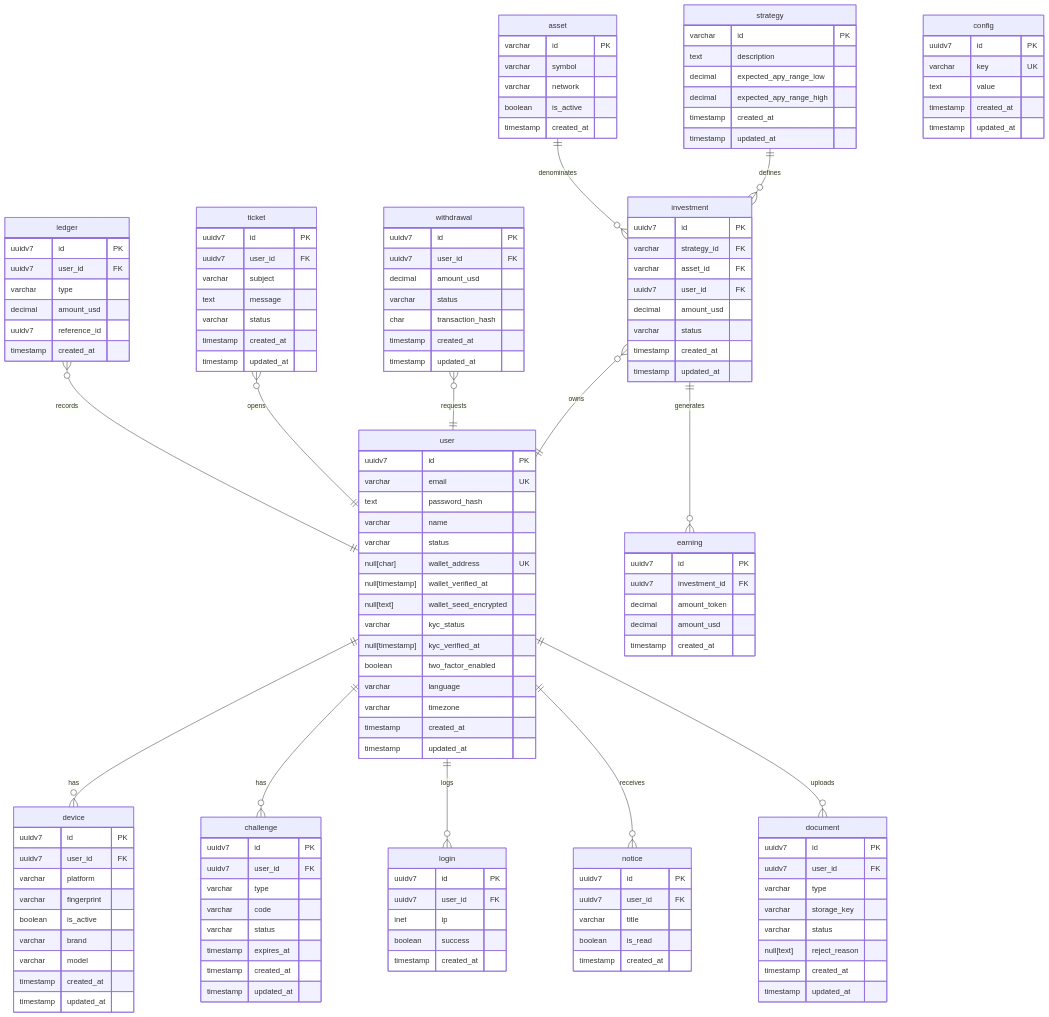
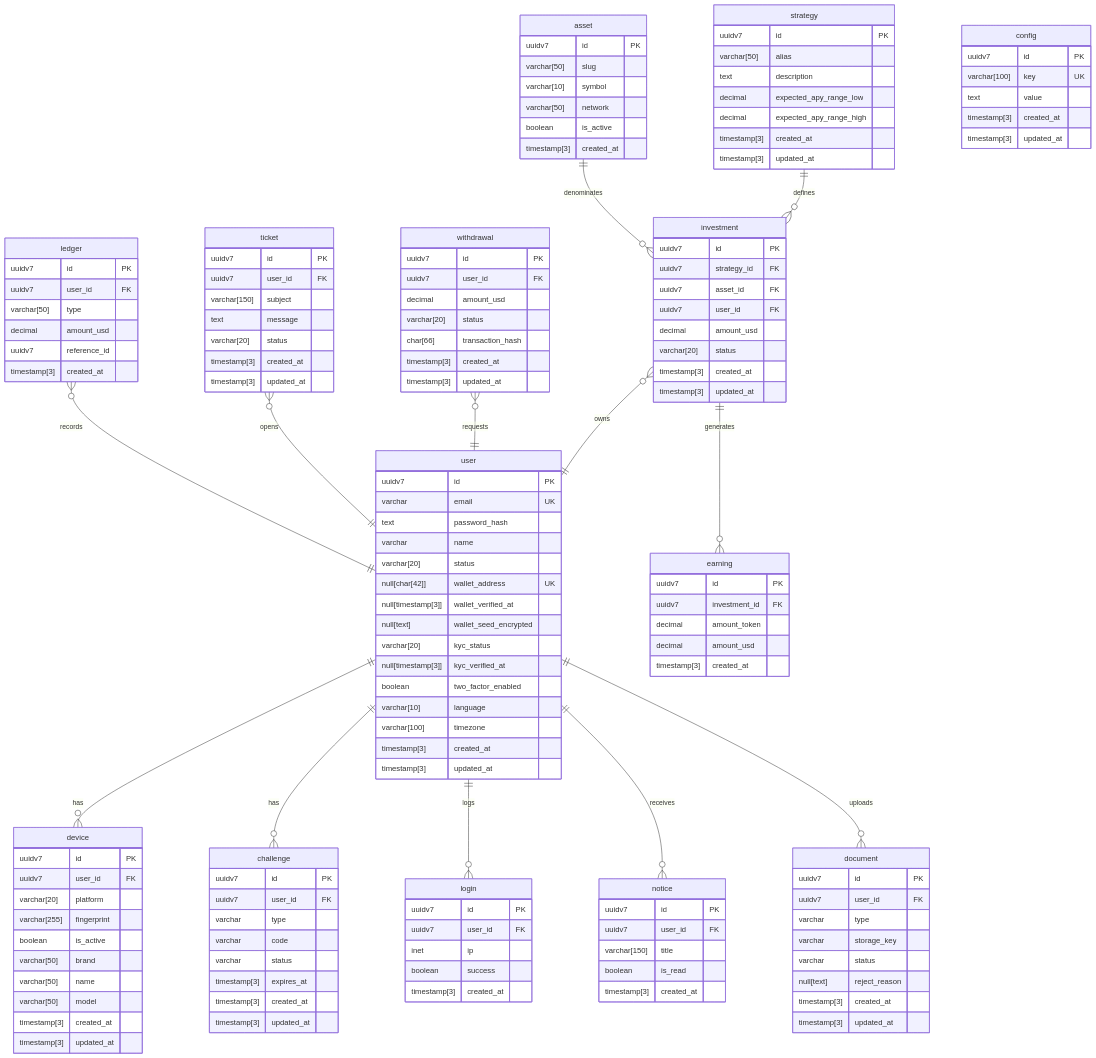
One commit to leandroluk/investor changed the diagram in er.mermaid. Above: the diagram before and after it, drawn with Mermaid. The commit also changed 31 other files, not shown here.

Commit message:
feat: lots of things - adding new fields to device, asset and strategy - apply changes on project - adjust docs related with devices

```diff
--- a/er.mermaid
+++ b/er.mermaid
@@ -1,156 +1,159 @@
  erDiagram
     %% MODULE: account
     device {
-        uuidv7    id          PK
-        uuidv7    user_id     FK
-        varchar   platform    ""
-        varchar   fingerprint ""
-        boolean   is_active   ""
-        varchar   brand       ""
-        varchar   model       ""
-        timestamp created_at  ""
-        timestamp updated_at  ""
+        uuidv7       id          PK
+        uuidv7       user_id     FK
+        varchar[20]  platform    ""
+        varchar[255] fingerprint ""
+        boolean      is_active   ""
+        varchar[50]  brand       ""
+        varchar[50]  name        ""
+        varchar[50]  model       ""
+        timestamp[3] created_at  ""
+        timestamp[3] updated_at  ""
     }
     login {
         uuidv7    id         PK
         uuidv7    user_id    FK
         inet      ip         ""
         boolean   success    ""
-        timestamp created_at ""
+        timestamp[3] created_at ""
     }
     challenge {
         uuidv7    id         PK
         uuidv7    user_id    FK
         varchar   type       ""
         varchar   code       ""
         varchar   status     ""
-        timestamp expires_at ""
-        timestamp created_at ""
-        timestamp updated_at ""
+        timestamp[3] expires_at ""
+        timestamp[3] created_at ""
+        timestamp[3] updated_at ""
     }
     user {
-        uuidv7          id                    PK
-        varchar         email                 UK
-        text            password_hash         ""
-        varchar         name                  ""
-        varchar         status                ""
-        null[char]      wallet_address        UK
-        null[timestamp] wallet_verified_at    ""
-        null[text]      wallet_seed_encrypted ""
-        varchar         kyc_status            ""
-        null[timestamp] kyc_verified_at       ""
-        boolean         two_factor_enabled    ""
-        varchar         language              ""
-        varchar         timezone              ""  
-        timestamp       created_at            ""
-        timestamp       updated_at            ""
+        uuidv7             id                    PK
+        varchar            email                 UK
+        text               password_hash         ""
+        varchar            name                  ""
+        varchar[20]        status                ""
+        null[char[42]]     wallet_address        UK
+        null[timestamp[3]] wallet_verified_at    ""
+        null[text]         wallet_seed_encrypted ""
+        varchar[20]        kyc_status            ""
+        null[timestamp[3]] kyc_verified_at       ""
+        boolean            two_factor_enabled    ""
+        varchar[10]        language              ""
+        varchar[100]       timezone              ""  
+        timestamp[3]       created_at            ""
+        timestamp[3]       updated_at            ""
     }
     document {
         uuidv7     id            PK
         uuidv7     user_id       FK
         varchar    type          ""
         varchar    storage_key   ""
         varchar    status        ""
         null[text] reject_reason ""
-        timestamp  created_at    ""
-        timestamp  updated_at    ""
+        timestamp[3]  created_at    ""
+        timestamp[3]  updated_at    ""
     }
 
     %% MODULE: audit
     ledger {
-        uuidv7    id           PK
-        uuidv7    user_id      FK
-        varchar   type         "" 
-        decimal   amount_usd   ""
-        uuidv7    reference_id ""
-        timestamp created_at   ""
+        uuidv7       id           PK
+        uuidv7       user_id      FK
+        varchar[50]  type         "" 
+        decimal      amount_usd   ""
+        uuidv7       reference_id ""
+        timestamp[3] created_at   ""
     }
 
     %% MODULE: catalog
     asset {
-        varchar   id         PK
-        varchar   symbol     ""
-        varchar   network    ""
-        boolean   is_active  ""
-        timestamp created_at ""
+        uuidv7       id         PK
+        varchar[50]  slug       ""
+        varchar[10]  symbol     ""
+        varchar[50]  network    ""
+        boolean      is_active  ""
+        timestamp[3] created_at ""
     }
     strategy {
-        varchar   id                      PK
-        text      description             ""
-        decimal   expected_apy_range_low  ""
-        decimal   expected_apy_range_high ""
-        timestamp created_at              ""
-        timestamp updated_at              ""
+        uuidv7       id                      PK
+        varchar[50]  alias                   ""
+        text         description             ""
+        decimal      expected_apy_range_low  ""
+        decimal      expected_apy_range_high ""
+        timestamp[3] created_at              ""
+        timestamp[3] updated_at              ""
     }
 
     %% MODULE: portfolio
     earning {
-        uuidv7    id            PK
-        uuidv7    investment_id FK
-        decimal   amount_token  ""
-        decimal   amount_usd    ""
-        timestamp created_at    ""
+        uuidv7       id            PK
+        uuidv7       investment_id FK
+        decimal      amount_token  ""
+        decimal      amount_usd    ""
+        timestamp[3] created_at    ""
     }
     investment {
-        uuidv7    id          PK
-        varchar   strategy_id FK
-        varchar   asset_id    FK
-        uuidv7    user_id     FK
-        decimal   amount_usd  ""
-        varchar   status      ""
-        timestamp created_at  ""
-        timestamp updated_at  ""
+        uuidv7       id          PK
+        uuidv7       strategy_id FK
+        uuidv7       asset_id    FK
+        uuidv7       user_id     FK
+        decimal      amount_usd  ""
+        varchar[20]  status      ""
+        timestamp[3] created_at  ""
+        timestamp[3] updated_at  ""
     }
 
     %% MODULE: signal
     notice {
-        uuidv7    id         PK
-        uuidv7    user_id    FK
-        varchar   title      ""
-        boolean   is_read    ""
-        timestamp created_at ""
+        uuidv7       id         PK
+        uuidv7       user_id    FK
+        varchar[150] title      ""
+        boolean      is_read    ""
+        timestamp[3] created_at ""
     }
 
     %% MODULE: support
     ticket {
-        uuidv7    id         PK
-        uuidv7    user_id    FK
-        varchar   subject    ""
-        text      message    ""
-        varchar   status     ""
-        timestamp created_at ""
-        timestamp updated_at ""
+        uuidv7       id         PK
+        uuidv7       user_id    FK
+        varchar[150] subject    ""
+        text         message    ""
+        varchar[20]  status     ""
+        timestamp[3] created_at ""
+        timestamp[3] updated_at ""
     }
 
     %% MODULE: system
     config {
-        uuidv7    id           PK
-        varchar   key          UK
-        text      value        ""
-        timestamp created_at   ""
-        timestamp updated_at   ""
+        uuidv7       id           PK
+        varchar[100] key          UK
+        text         value        ""
+        timestamp[3] created_at   ""
+        timestamp[3] updated_at   ""
     }
 
     %% MODULE: treasury
     withdrawal {
-        uuidv7    id               PK
-        uuidv7    user_id          FK
-        decimal   amount_usd       ""
-        varchar   status           ""
-        char      transaction_hash ""
-        timestamp created_at       ""
-        timestamp updated_at       ""
+        uuidv7       id               PK
+        uuidv7       user_id          FK
+        decimal      amount_usd       ""
+        varchar[20]  status           ""
+        char[66]     transaction_hash ""
+        timestamp[3] created_at       ""
+        timestamp[3] updated_at       ""
     }
 
     user       ||--o{ device     : "has"
     user       ||--o{ challenge  : "has"
     user       ||--o{ login      : "logs"
     user       ||--o{ notice     : "receives"
     user       ||--o{ document   : "uploads"
     investment }o--|| user       : "owns"
     withdrawal }o--|| user       : "requests"
     ticket     }o--|| user       : "opens"
     ledger     }o--|| user       : "records"
     strategy   ||--o{ investment : "defines"
     asset      ||--o{ investment : "denominates"
     investment ||--o{ earning    : "generates"
```
